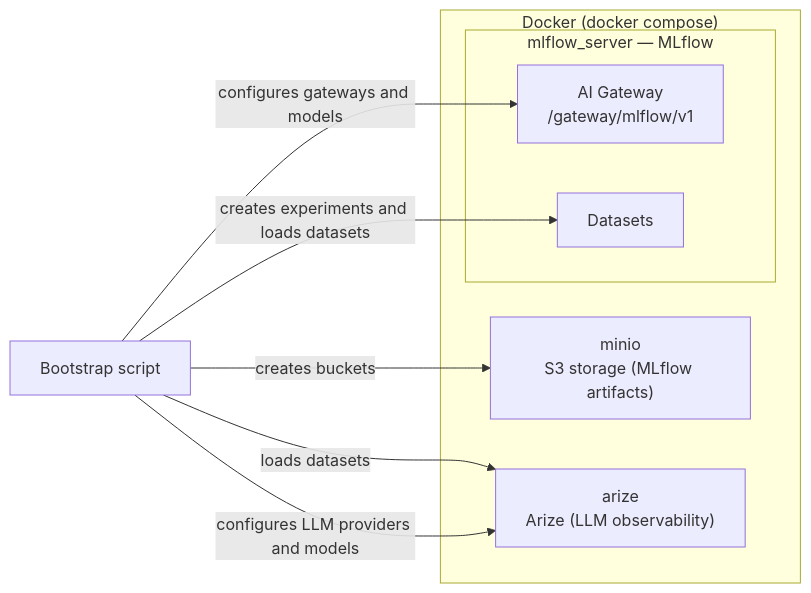
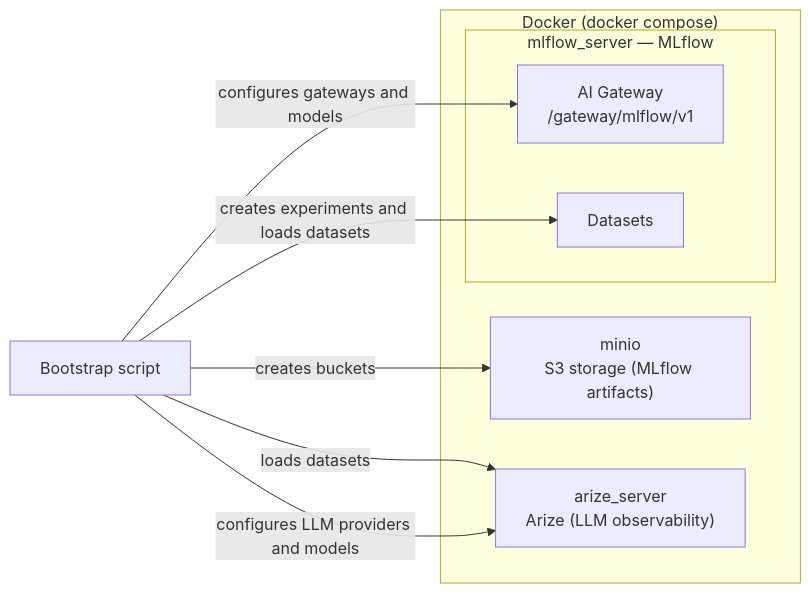
The second of 5 diagrams in design.md (codiply/tech-market-researcher), drawn with Mermaid before and after one commit. The commit also changed other lines of this file and 1 other file, not shown here.

First line of the commit message:
Rename Arize observability service to arize_server

````diff
--- a/design.md
+++ b/design.md
@@ -78,19 +78,19 @@
 ```mermaid
 flowchart LR
     bs["Bootstrap script"]
 
     subgraph docker["Docker (docker compose)"]
         subgraph mlflow_box["mlflow_server — MLflow"]
             gateway["AI Gateway<br/>/gateway/mlflow/v1"]
             datasets["Datasets"]
         end
         minio["minio<br/>S3 storage (MLflow artifacts)"]
-        arize["arize<br/>Arize (LLM observability)"]
+        arize_server["arize_server<br/>Arize (LLM observability)"]
     end
 
     bs -->|creates buckets| minio
     bs -->|configures gateways and models| gateway
     bs -->|creates experiments and loads datasets| datasets
-    bs -->|loads datasets| arize
-    bs -->|configures LLM providers and models| arize
+    bs -->|loads datasets| arize_server
+    bs -->|configures LLM providers and models| arize_server
 ```
````
